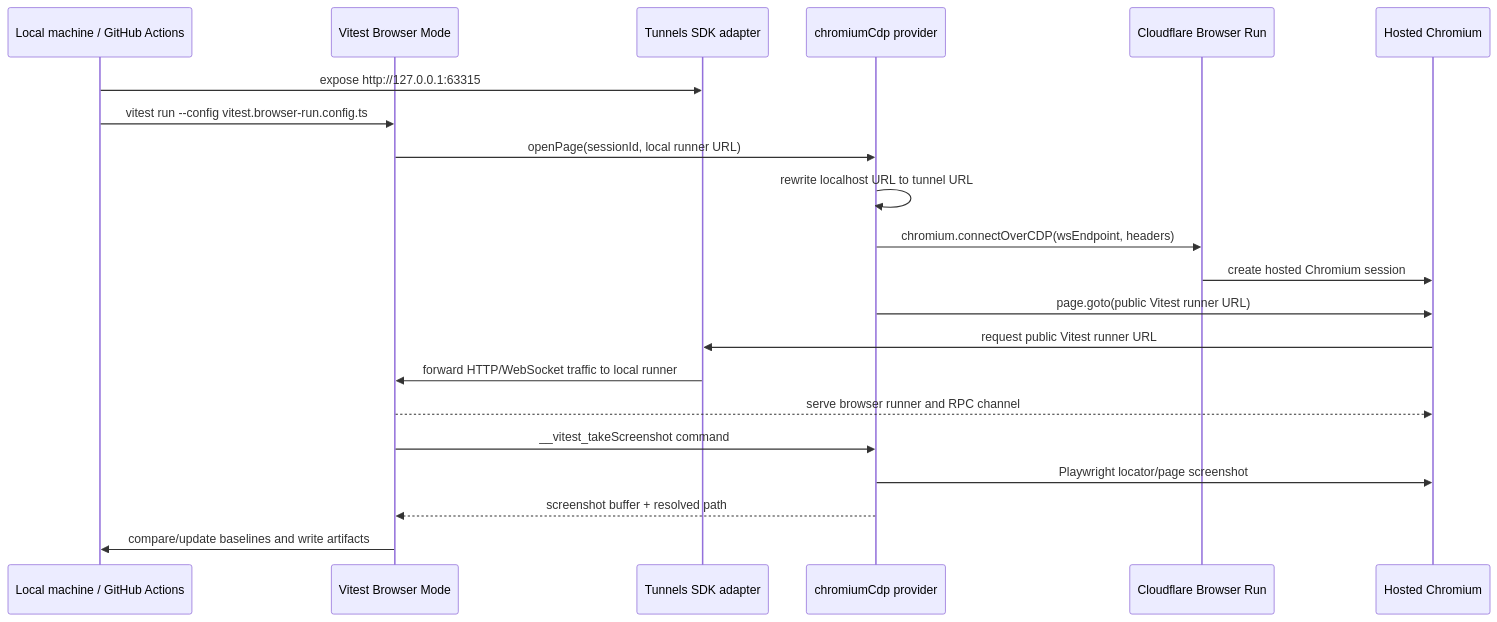
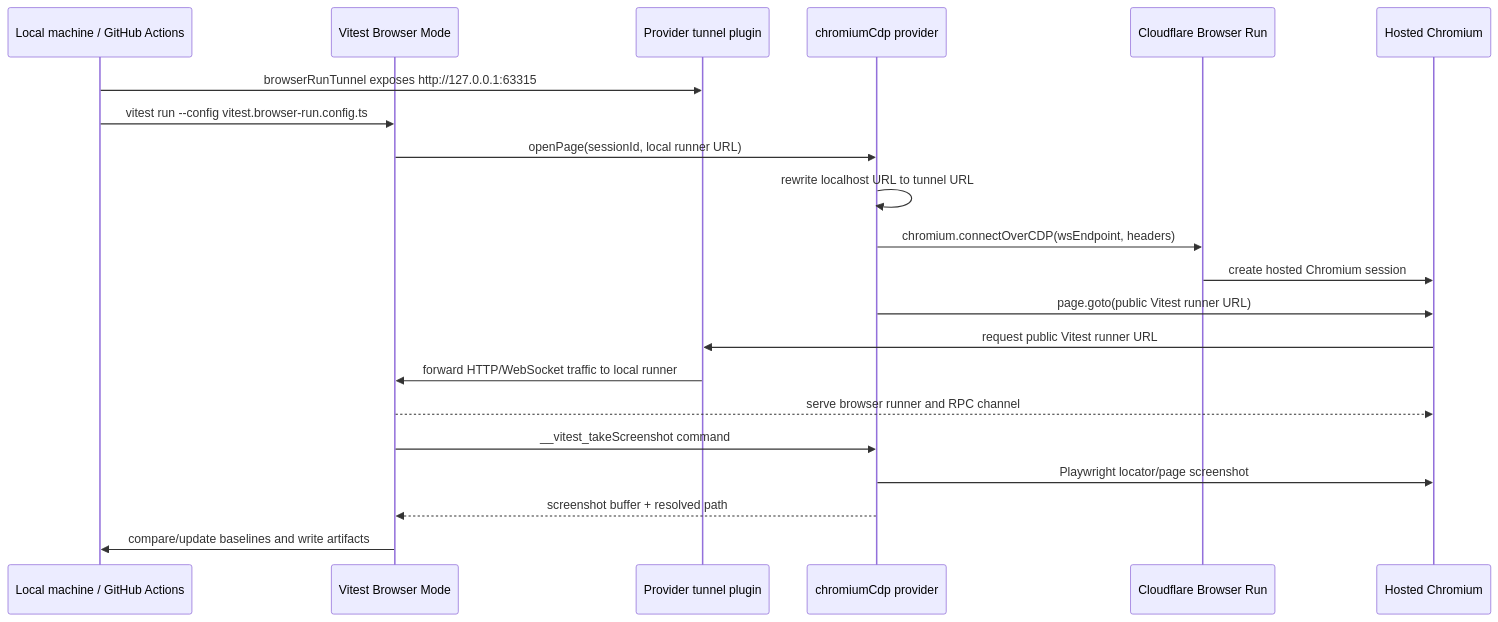
The diagram in README.md (irvinebroque/vitest-browser-run), drawn with Mermaid before and after one commit. The commit also changed other lines of this file and 7 other files, not shown here.

Commit message:
Move Browser Run tunnel into provider

````diff
--- a/README.md
+++ b/README.md
@@ -15,24 +15,24 @@
 ```mermaid
 sequenceDiagram
   participant CI as Local machine / GitHub Actions
   participant Vitest as Vitest Browser Mode
-  participant Tunnel as Tunnels SDK adapter
+  participant Tunnel as Provider tunnel plugin
   participant Provider as chromiumCdp provider
   participant BR as Cloudflare Browser Run
   participant Chrome as Hosted Chromium
 
-  CI->>Tunnel: expose http://127.0.0.1:63315
+  CI->>Tunnel: browserRunTunnel exposes http://127.0.0.1:63315
   CI->>Vitest: vitest run --config vitest.browser-run.config.ts
   Vitest->>Provider: openPage(sessionId, local runner URL)
   Provider->>Provider: rewrite localhost URL to tunnel URL
   Provider->>BR: chromium.connectOverCDP(wsEndpoint, headers)
   BR->>Chrome: create hosted Chromium session
   Provider->>Chrome: page.goto(public Vitest runner URL)
   Chrome->>Tunnel: request public Vitest runner URL
   Tunnel->>Vitest: forward HTTP/WebSocket traffic to local runner
   Vitest-->>Chrome: serve browser runner and RPC channel
   Vitest->>Provider: __vitest_takeScreenshot command
   Provider->>Chrome: Playwright locator/page screenshot
   Provider-->>Vitest: screenshot buffer + resolved path
   Vitest->>CI: compare/update baselines and write artifacts
 ```
````
